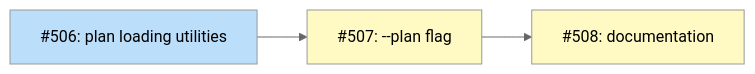
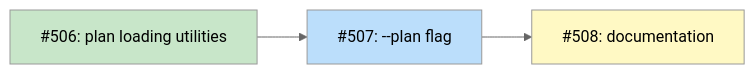
Before and after one commit to tsukumogami/tsuku: the diagram in docs/DESIGN-plan-based-installation.md, drawn with Mermaid (neutral theme). The commit also changed 2 other files, not shown here.

Commit message:
feat(cli): add plan loading utilities for external plans (#511)
## Summary

- Add `loadPlanFromSource()` to read installation plans from file path
or stdin ("-")
- Add `validateExternalPlan()` wrapping `ValidatePlan()` with platform
and tool name checks
- Include helpful debugging hint for stdin parse errors
- Comprehensive test coverage with 11 unit tests

These utilities are the foundation for `tsuku install --plan` (issue
#507).

Fixes #506

````diff
--- a/docs/DESIGN-plan-based-installation.md
+++ b/docs/DESIGN-plan-based-installation.md
@@ -21,17 +21,18 @@
 ```mermaid
 graph LR
     I506["#506: plan loading utilities"]
     I507["#507: --plan flag"]
     I508["#508: documentation"]
 
     I506 --> I507
     I507 --> I508
 
     classDef done fill:#c8e6c9
     classDef ready fill:#bbdefb
     classDef blocked fill:#fff9c4
     classDef needsDesign fill:#e1bee7
 
-    class I506 ready
-    class I507,I508 blocked
+    class I506 done
+    class I507 ready
+    class I508 blocked
 ```
````
